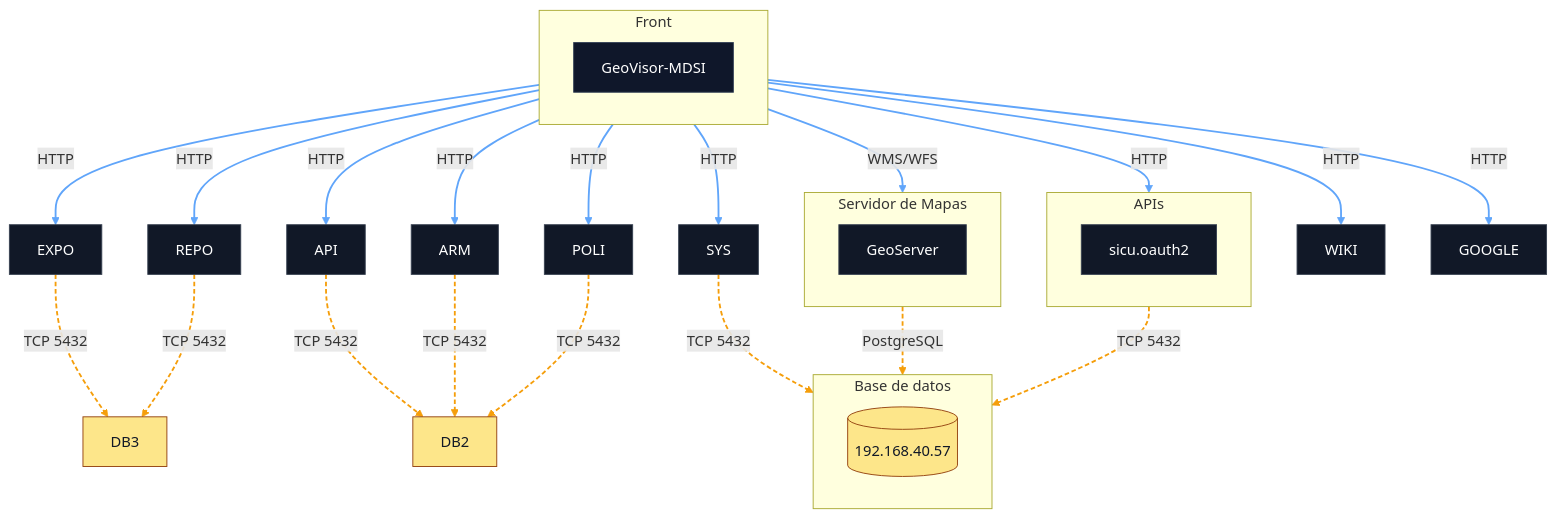
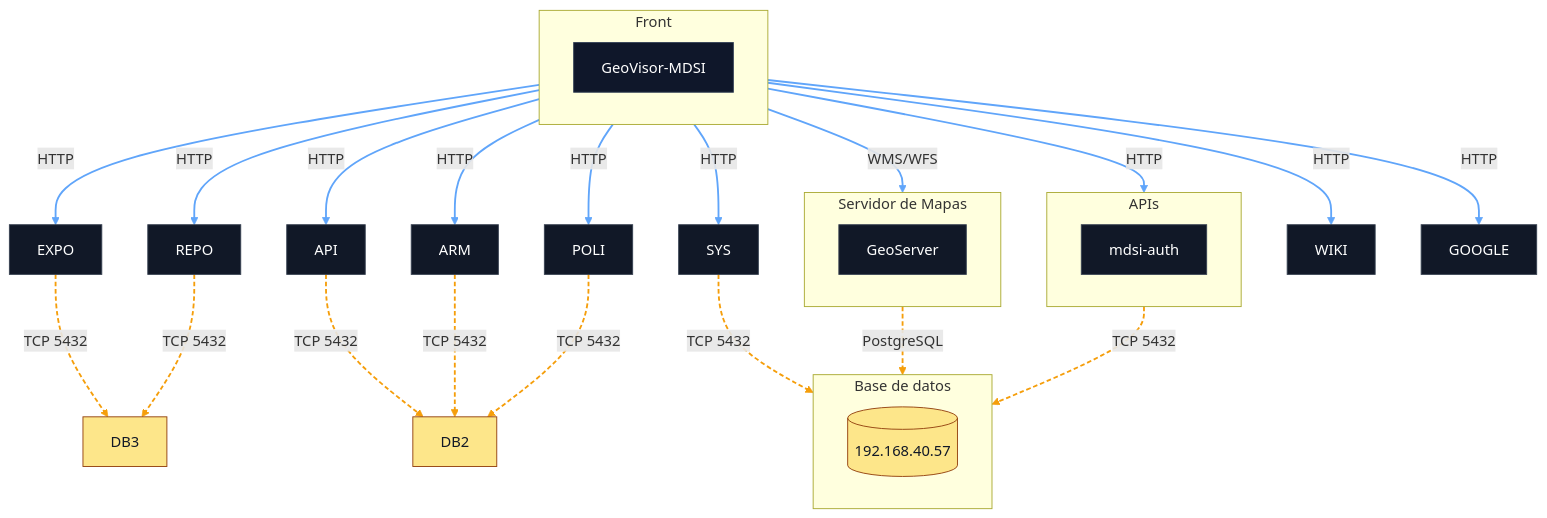
One commit to mdsigeovisor/geovisormdsi changed the diagram in README.md. Above: the diagram before and after it, drawn with Mermaid.

````diff
--- a/README.md
+++ b/README.md
@@ -3,62 +3,62 @@
 ```mermaid
 flowchart TB
   %% =========================
   %% CAPAS
   %% =========================
   subgraph L1[Front]
     direction LR
     FRONT[GeoVisor-MDSI]
   end
 
   subgraph L2[APIs]
     direction LR    
-    AUTH[sicu.oauth2]    
+    AUTH[mdsi-auth]    
   end
 
   subgraph L3[Base de datos]
     direction LR
     DB1[(192.168.40.57)]    
   end
   subgraph L4[Servidor de Mapas]
     direction LR
     GEOSERVER[GeoServer]    
   end
 
   %% =========================
   %% RELACIONES
   %% =========================
   FRONT -->|HTTP| EXPO
   FRONT -->|HTTP| REPO
   FRONT -->|HTTP| API
   FRONT -->|HTTP| SYS
   FRONT -->|HTTP| AUTH
   FRONT -->|HTTP| ARM
   FRONT -->|HTTP| POLI
   FRONT -->|WMS/WFS| GEOSERVER
   FRONT -->|HTTP| WIKI
   FRONT -->|HTTP| GOOGLE
   EXPO -.->|TCP 5432| DB3
   REPO -.->|TCP 5432| DB3
   API -.->|TCP 5432| DB2
   ARM -.->|TCP 5432| DB2
   POLI -.->|TCP 5432| DB2
   GEOSERVER -.->|PostgreSQL| DB1
   SYS -.->|TCP 5432| DB1
   AUTH -.->|TCP 5432| DB1
 
   %% =========================
   %% ESTILOS
   %% =========================
   classDef front fill:#0f172a,stroke:#334155,stroke-width:1px,color:#fff;
   classDef service fill:#111827,stroke:#374151,stroke-width:1px,color:#fff;
   classDef db fill:#fde68a,stroke:#92400e,stroke-width:1px,color:#111827;
   classDef cloud fill:#e0f2fe,stroke:#0284c7,stroke-width:1px,color:#0f172a;
 
   class FRONT front;
   class API,SYS,ARM,AUTH,REPO,POLI,EXPO,WIKI,GOOGLE,GEOSERVER service;
   class DB1,DB2,DB3 db;
 
   %% (Opcional) estilo de links
   linkStyle 0,1,2,3,4,5,6,7,8,9 stroke:#60a5fa,stroke-width:2px;
   linkStyle 10,11,12,13,14,15,16,17 stroke:#f59e0b,stroke-width:2px,stroke-dasharray:5 3;
 ```
````
